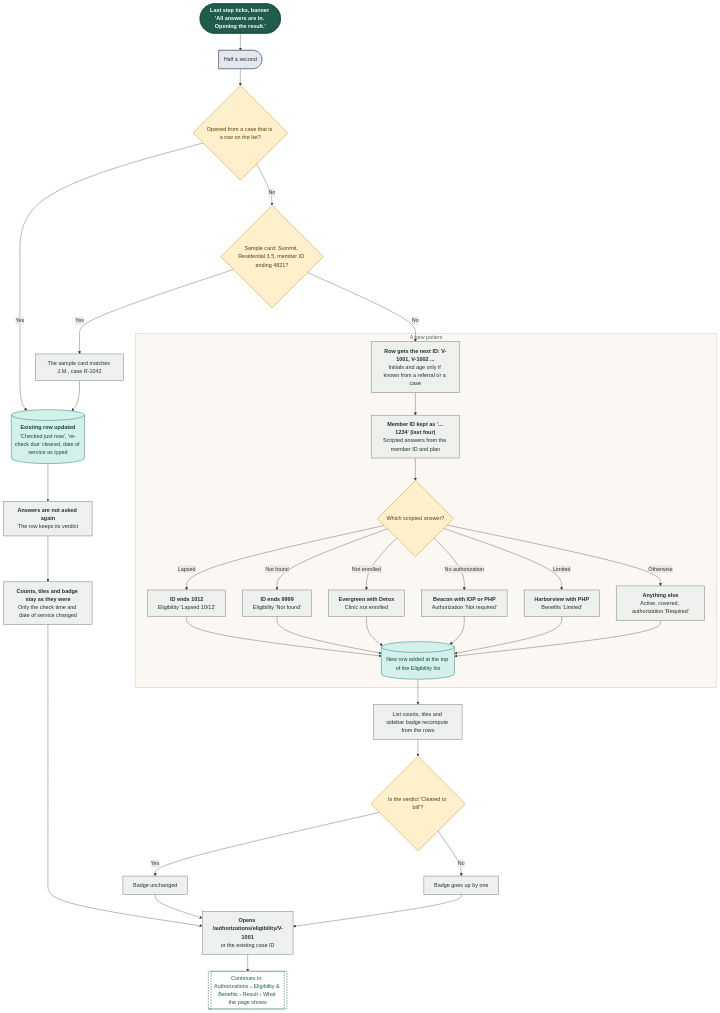
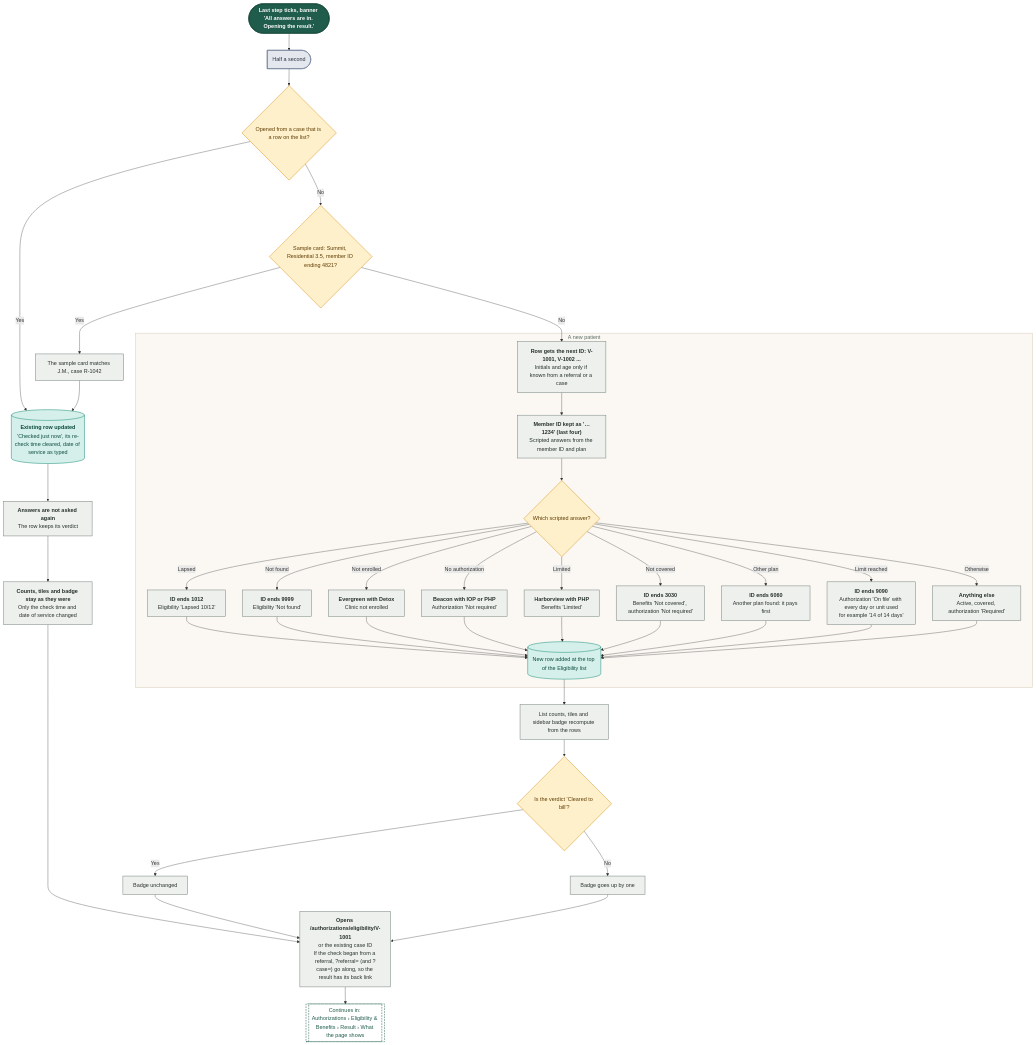
One commit to Shrav143/psyfloapp changed the tenth of 19 diagrams in demos/prior-auth-demo/workflows/out/md/05-eligibility.md. Above: the diagram before and after it, drawn with Mermaid. The commit also changed other lines of this file and 195 other files, not shown here.

First line of the commit message:
docs: Rebuild workflow diagrams after the demo fixes (220 diagrams)

````diff
--- a/demos/prior-auth-demo/workflows/out/md/05-eligibility.md
+++ b/demos/prior-auth-demo/workflows/out/md/05-eligibility.md
@@ -630,70 +738,76 @@
 ```mermaid
 %%{init: {"theme":"base","themeVariables":{"fontFamily":"'DM Sans', 'Segoe UI', system-ui, sans-serif","fontSize":"15px","lineColor":"#5B6B63","primaryTextColor":"#1C2B25","clusterBkg":"#FBF8F3","clusterBorder":"#D9CDBB","edgeLabelBackground":"#FFFFFF"},"flowchart":{"curve":"basis","nodeSpacing":36,"rankSpacing":48,"padding":12,"htmlLabels":true,"useMaxWidth":false,"wrappingWidth":230}} }%%
 flowchart TD
   classDef k_start fill:#1F5C4B,stroke:#174638,color:#FFFFFF,stroke-width:1.5px,font-weight:600
   classDef k_end fill:#DDEFE3,stroke:#2E7D4F,color:#14502F,stroke-width:1.5px,font-weight:600
   classDef k_endx fill:#FBE3E0,stroke:#C0392B,color:#7A1F16,stroke-width:1.5px,font-weight:600
   classDef k_screen fill:#FFFDF8,stroke:#1F5C4B,color:#1C2B25,stroke-width:2px
   classDef k_overlay fill:#F1F7F3,stroke:#1F5C4B,color:#1C2B25,stroke-width:2px,stroke-dasharray:5 3
   classDef k_click fill:#DCEBFA,stroke:#2F6DB5,color:#12365F,stroke-width:1.5px
   classDef k_input fill:#E4E7FF,stroke:#4C5FD5,color:#1D2670,stroke-width:1.5px
   classDef k_process fill:#EEF0EE,stroke:#7A857F,color:#26302B,stroke-width:1.5px
   classDef k_agent fill:#EEE5FA,stroke:#7A4FC2,color:#341A63,stroke-width:1.5px
   classDef k_decision fill:#FFF0CC,stroke:#D9962B,color:#5C3B00,stroke-width:1.5px
   classDef k_store fill:#D5F0EA,stroke:#1C8E7B,color:#0B4A3F,stroke-width:1.5px
   classDef k_doc fill:#F6E9DC,stroke:#B07A4C,color:#4A2E14,stroke-width:1.5px
   classDef k_ext fill:#FFE6D2,stroke:#E07B39,color:#6B2F06,stroke-width:1.5px
   classDef k_wait fill:#E4E8EE,stroke:#6B7C93,color:#26303D,stroke-width:1.5px
   classDef k_toast fill:#FFF9DB,stroke:#C9A400,color:#5A4A00,stroke-width:1.5px
   classDef k_goto fill:#FFFFFF,stroke:#1F5C4B,color:#1F5C4B,stroke-width:1.5px,stroke-dasharray:5 3
   s1@{ shape: stadium, label: "Last step ticks, banner 'All answers are in. Opening the result.'" }
   w1@{ shape: delay, label: "Half a second" }
   q1@{ shape: diam, label: "Opened from a case that is a row on the list?" }
   q2@{ shape: diam, label: "Sample card: Summit, Residential 3.5, member ID ending 4821?" }
-  st1@{ shape: cyl, label: "<b>Existing row updated</b><br/>'Checked just now', 're-check due' cleared, date of service as typed" }
+  st1@{ shape: cyl, label: "<b>Existing row updated</b><br/>'Checked just now', its re-check time cleared, date of service as typed" }
   p1@{ shape: rect, label: "The sample card matches J.M., case R-1042" }
   p2@{ shape: rect, label: "<b>Answers are not asked again</b><br/>The row keeps its verdict" }
   subgraph gNew ["A new patient"]
   n1@{ shape: rect, label: "<b>Row gets the next ID: V-1001, V-1002 ...</b><br/>Initials and age only if known from a referral or a case" }
   n2@{ shape: rect, label: "<b>Member ID kept as '…1234' (last four)</b><br/>Scripted answers from the member ID and plan" }
   n3@{ shape: diam, label: "Which scripted answer?" }
   n4@{ shape: rect, label: "<b>ID ends 1012</b><br/>Eligibility 'Lapsed 10/12'" }
   n5@{ shape: rect, label: "<b>ID ends 9999</b><br/>Eligibility 'Not found'" }
   n6@{ shape: rect, label: "<b>Evergreen with Detox</b><br/>Clinic not enrolled" }
   n7@{ shape: rect, label: "<b>Beacon with IOP or PHP</b><br/>Authorization 'Not required'" }
   n8@{ shape: rect, label: "<b>Harborview with PHP</b><br/>Benefits 'Limited'" }
+  n10@{ shape: rect, label: "<b>ID ends 3030</b><br/>Benefits 'Not covered', authorization 'Not required'" }
+  n11@{ shape: rect, label: "<b>ID ends 6060</b><br/>Another plan found: it pays first" }
+  n12@{ shape: rect, label: "<b>ID ends 9090</b><br/>Authorization 'On file' with every day or unit used<br/>for example '14 of 14 days'" }
   n9@{ shape: rect, label: "<b>Anything else</b><br/>Active, covered, authorization 'Required'" }
   st2@{ shape: cyl, label: "New row added at the top of the Eligibility list" }
   end
   p3@{ shape: rect, label: "List counts, tiles and sidebar badge recompute from the rows" }
   p7@{ shape: rect, label: "<b>Counts, tiles and badge stay as they were</b><br/>Only the check time and date of service changed" }
   q3@{ shape: diam, label: "Is the verdict 'Cleared to bill'?" }
   p4@{ shape: rect, label: "Badge unchanged" }
   p5@{ shape: rect, label: "Badge goes up by one" }
-  p6@{ shape: rect, label: "<b>Opens /authorizations/eligibility/V-1001</b><br/>or the existing case ID" }
+  p6@{ shape: rect, label: "<b>Opens /authorizations/eligibility/V-1001</b><br/>or the existing case ID<br/>If the check began from a referral, ?referral= (and ?case=) go along, so the result has its back link" }
   g1@{ shape: subproc, label: "Continues in: Authorizations › Eligibility & Benefits › Result › What the page shows" }
   s1 --> w1 --> q1
   q1 -->|"Yes"| st1
   q1 -->|"No"| q2
   q2 -->|"Yes"| p1 --> st1
   q2 -->|"No"| n1 --> n2 --> n3
   st1 --> p2 --> p7 --> p6
   n3 -->|"Lapsed"| n4 --> st2
   n3 -->|"Not found"| n5 --> st2
   n3 -->|"Not enrolled"| n6 --> st2
   n3 -->|"No authorization"| n7 --> st2
   n3 -->|"Limited"| n8 --> st2
+  n3 -->|"Not covered"| n10 --> st2
+  n3 -->|"Other plan"| n11 --> st2
+  n3 -->|"Limit reached"| n12 --> st2
   n3 -->|"Otherwise"| n9 --> st2
   st2 --> p3
   p3 --> q3
   q3 -->|"Yes"| p4 --> p6
   q3 -->|"No"| p5 --> p6
   p6 --> g1
   class s1 k_start
   class w1 k_wait
   class q1,q2,n3,q3 k_decision
   class st1,st2 k_store
-  class p1,p2,n1,n2,n4,n5,n6,n7,n8,n9,p3,p7,p4,p5,p6 k_process
+  class p1,p2,n1,n2,n4,n5,n6,n7,n8,n10,n11,n12,n9,p3,p7,p4,p5,p6 k_process
   class g1 k_goto
   style gNew fill:#FBF8F3,stroke:#D9CDBB,stroke-width:1.5px,color:#5B6B63
 ```
````
